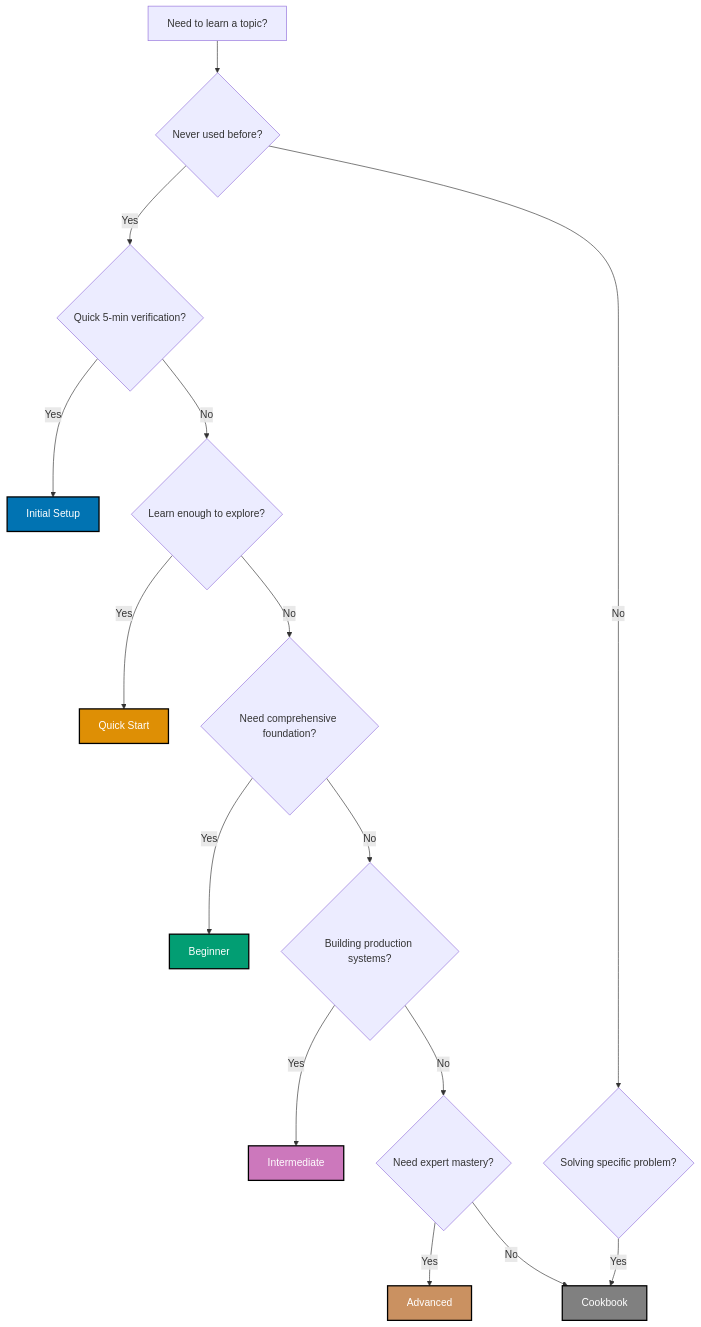
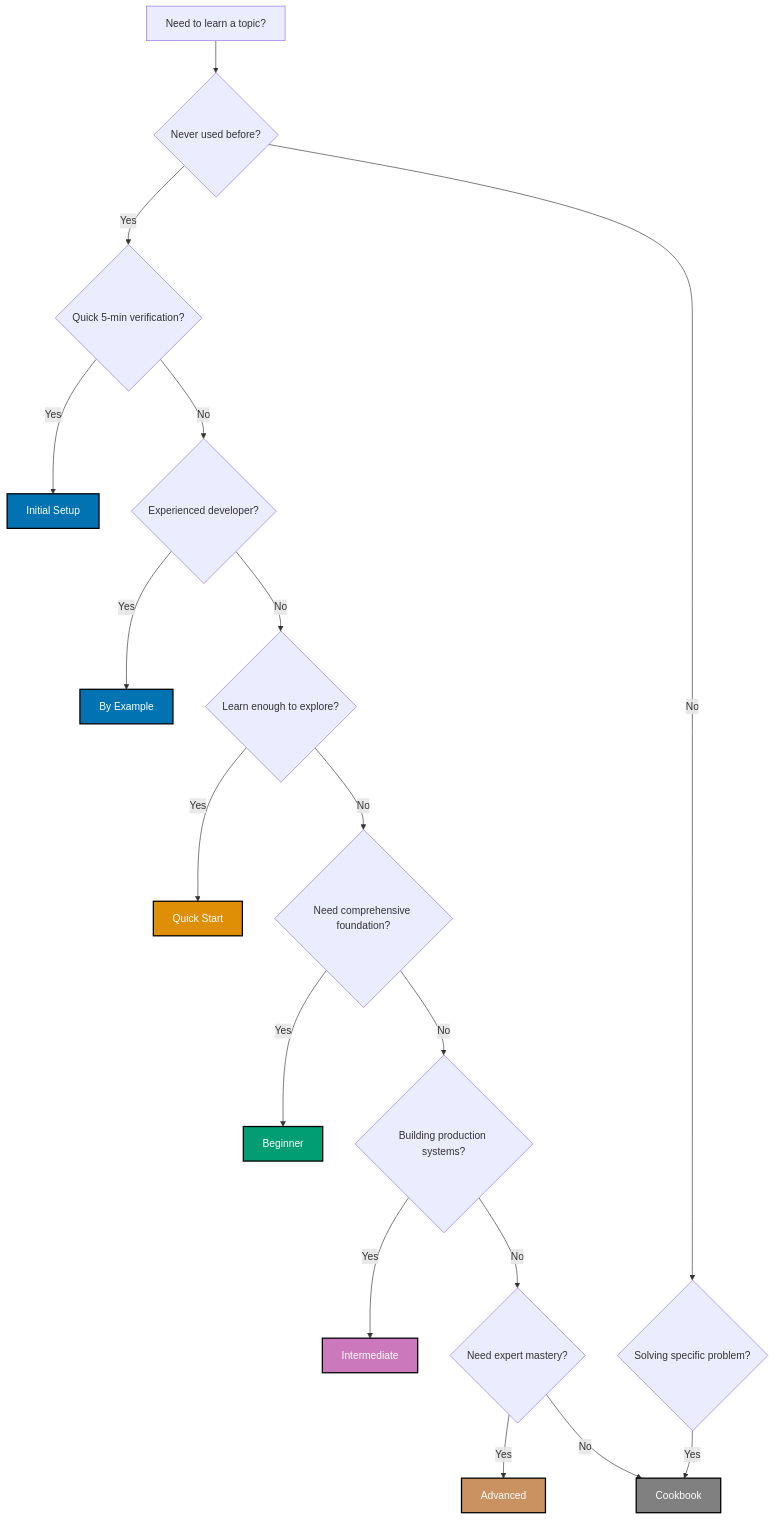
One commit to wahidyankf/open-sharia-enterprise changed the second of 2 diagrams in docs/explanation/conventions/ex-co__tutorial-naming.md. Above: the diagram before and after it, drawn with Mermaid. The commit also changed other lines of this file and 5 other files, not shown here.

First line of the commit message:
feat(docs): add "By Example" tutorial type for experienced developers

````diff
--- a/docs/explanation/conventions/ex-co__tutorial-naming.md
+++ b/docs/explanation/conventions/ex-co__tutorial-naming.md
@@ -298,40 +357,45 @@
 ```mermaid
 %% Color palette: Blue #0173B2, Orange #DE8F05, Teal #029E73, Purple #CC78BC, Brown #CA9161, Gray #808080
 graph TB
 	START[Need to learn a topic?]
 	Q1{Never used before?}
 	Q2{Quick 5-min verification?}
-	Q3{Learn enough to explore?}
-	Q4{Need comprehensive foundation?}
-	Q5{Building production systems?}
-	Q6{Need expert mastery?}
-	Q7{Solving specific problem?}
+	Q3{Experienced developer?}
+	Q4{Learn enough to explore?}
+	Q5{Need comprehensive foundation?}
+	Q6{Building production systems?}
+	Q7{Need expert mastery?}
+	Q8{Solving specific problem?}
 
 	START --> Q1
 	Q1 -->|Yes| Q2
-	Q1 -->|No| Q7
+	Q1 -->|No| Q8
 
 	Q2 -->|Yes| IS[Initial Setup]
 	Q2 -->|No| Q3
 
-	Q3 -->|Yes| QS[Quick Start]
+	Q3 -->|Yes| BE[By Example]
 	Q3 -->|No| Q4
 
-	Q4 -->|Yes| BEG[Beginner]
+	Q4 -->|Yes| QS[Quick Start]
 	Q4 -->|No| Q5
 
-	Q5 -->|Yes| INT[Intermediate]
+	Q5 -->|Yes| BEG[Beginner]
 	Q5 -->|No| Q6
 
-	Q6 -->|Yes| ADV[Advanced]
-	Q6 -->|No| CB[Cookbook]
+	Q6 -->|Yes| INT[Intermediate]
+	Q6 -->|No| Q7
 
-	Q7 -->|Yes| CB
+	Q7 -->|Yes| ADV[Advanced]
+	Q7 -->|No| CB[Cookbook]
+
+	Q8 -->|Yes| CB
 
 	style IS fill:#0173B2,stroke:#000000,color:#FFFFFF,stroke-width:2px
 	style QS fill:#DE8F05,stroke:#000000,color:#FFFFFF,stroke-width:2px
 	style BEG fill:#029E73,stroke:#000000,color:#FFFFFF,stroke-width:2px
 	style INT fill:#CC78BC,stroke:#000000,color:#FFFFFF,stroke-width:2px
 	style ADV fill:#CA9161,stroke:#000000,color:#FFFFFF,stroke-width:2px
 	style CB fill:#808080,stroke:#000000,color:#FFFFFF,stroke-width:2px
+	style BE fill:#0173B2,stroke:#000000,color:#FFFFFF,stroke-width:2px
 ```
````
